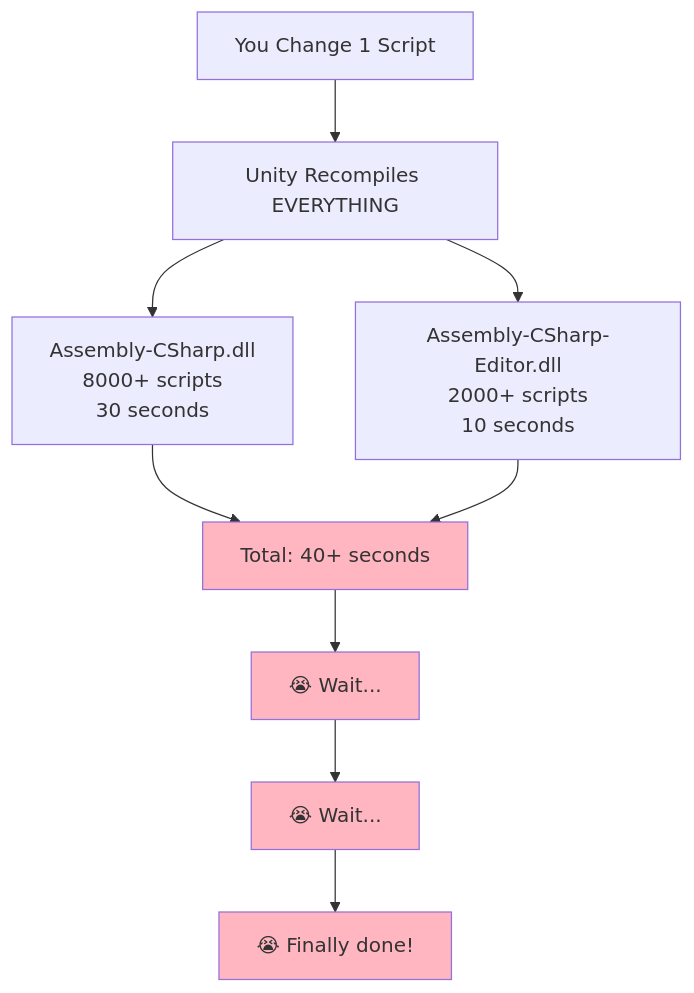
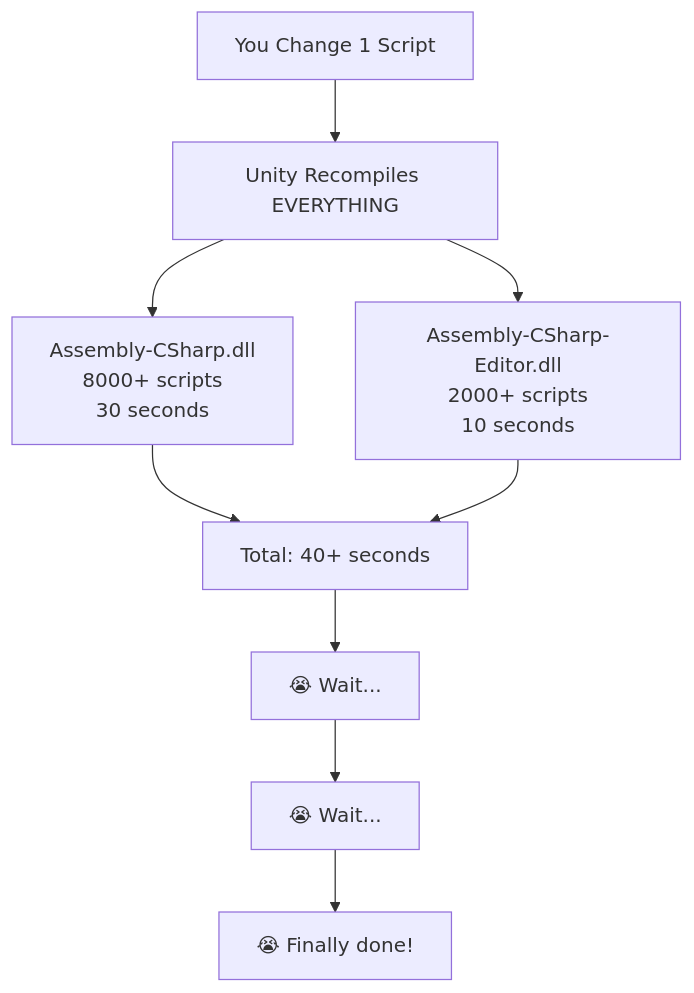
The first of 4 diagrams in docs/assembly-definitions/README.md (wallstop/unity-tips), drawn with Mermaid before and after one commit. The commit also changed other lines of this file and 27 other files, not shown here.

Commit message:
Convert ASCII diagrams to Mermaid format (#30)

````diff
--- a/docs/assembly-definitions/README.md
+++ b/docs/assembly-definitions/README.md
@@ -148,18 +148,14 @@
 ```mermaid
 graph TD
     A[You Change 1 Script] --> B[Unity Recompiles EVERYTHING]
     B --> C[Assembly-CSharp.dll<br/>8000+ scripts<br/>30 seconds]
     B --> D[Assembly-CSharp-Editor.dll<br/>2000+ scripts<br/>10 seconds]
 
     C --> E[Total: 40+ seconds]
     D --> E
 
     E --> F[😭 Wait...]
     F --> G[😭 Wait...]
     G --> H[😭 Finally done!]
 
-    style E fill:#FFB6C1
-    style F fill:#FFB6C1
-    style G fill:#FFB6C1
-    style H fill:#FFB6C1
 ```
````
